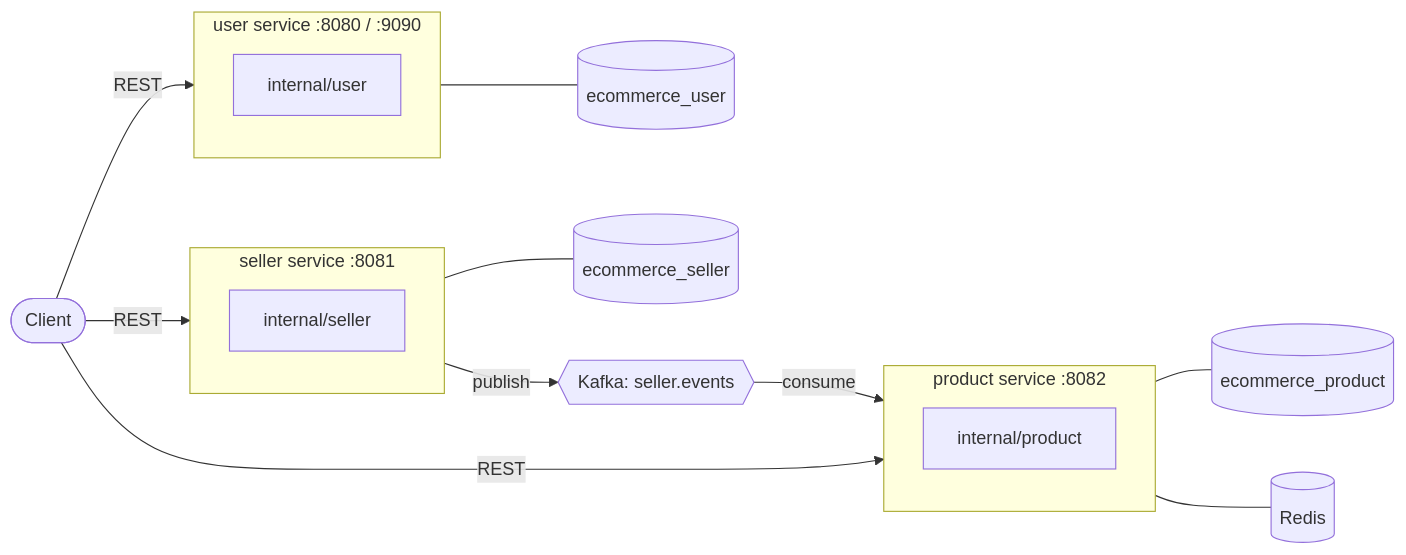
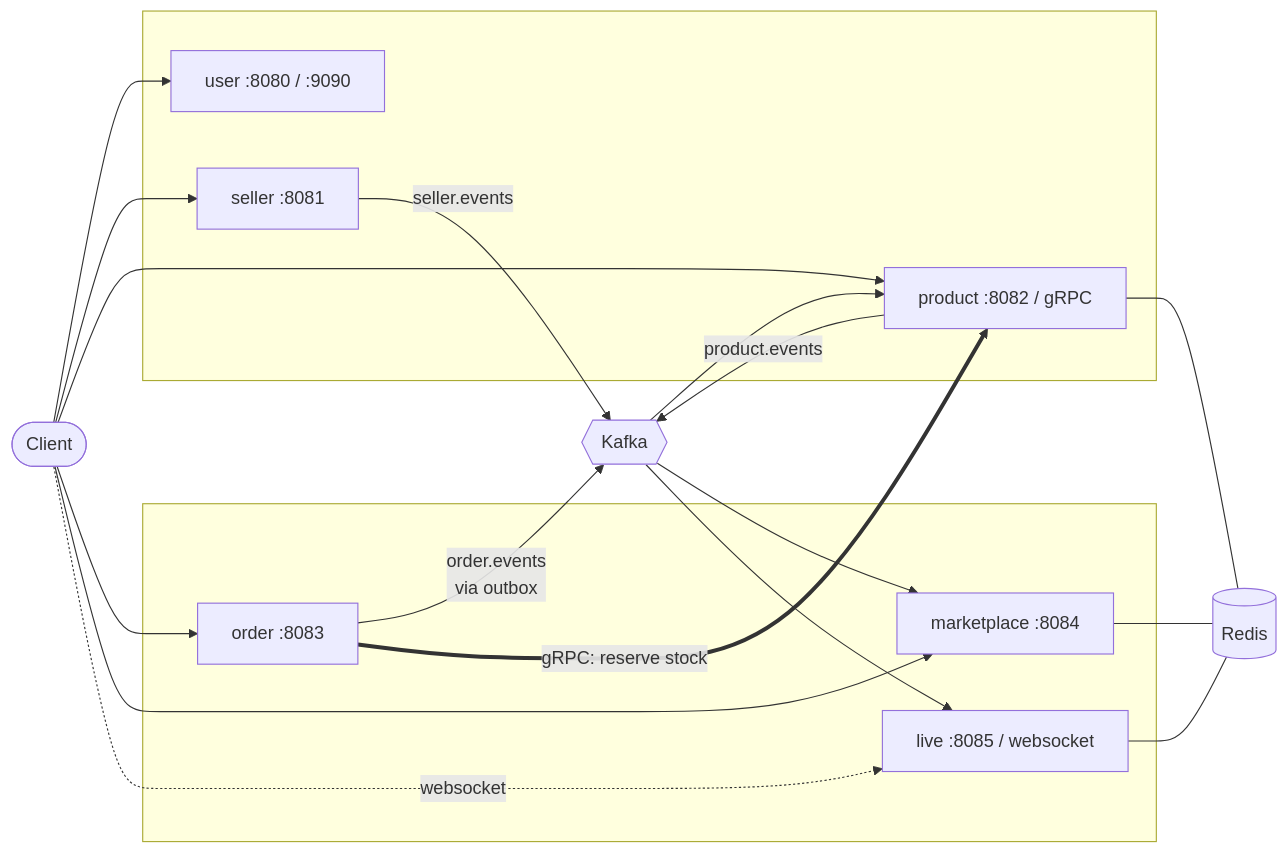
Before and after one commit to DoIttikorn/e-commerce: the first of 2 diagrams in docs/domains.md, drawn with Mermaid. The commit also changed other lines of this file and 82 other files, not shown here.

First line of the commit message:
Add integration tests for order and product services with MongoDB

````diff
--- a/docs/domains.md
+++ b/docs/domains.md
@@ -8,32 +8,39 @@
 ```mermaid
 flowchart LR
     client([Client])
 
-    subgraph user_svc["user service :8080 / :9090"]
-        user_domain[internal/user]
+    subgraph row1[" "]
+        user["user :8080 / :9090"]
+        seller["seller :8081"]
+        product["product :8082 / gRPC"]
     end
-    subgraph seller_svc["seller service :8081"]
-        seller_domain[internal/seller]
-    end
-    subgraph product_svc["product service :8082"]
-        product_domain[internal/product]
+    subgraph row2[" "]
+        order["order :8083"]
+        marketplace["marketplace :8084"]
+        live["live :8085 / websocket"]
     end
 
-    mongo_u[(ecommerce_user)]
-    mongo_s[(ecommerce_seller)]
-    mongo_p[(ecommerce_product)]
+    kafka{{"Kafka"}}
     redis[(Redis)]
-    kafka{{"Kafka: seller.events"}}
 
-    client -->|REST| user_svc
-    client -->|REST| seller_svc
-    client -->|REST| product_svc
+    client --> user
+    client --> seller
+    client --> product
+    client --> order
+    client --> marketplace
+    client -. websocket .-> live
 
-    user_svc --- mongo_u
-    seller_svc --- mongo_s
-    product_svc --- mongo_p
-    product_svc --- redis
+    seller -->|seller.events| kafka
+    product -->|product.events| kafka
+    order -->|order.events<br/>via outbox| kafka
 
-    seller_svc -->|publish| kafka
-    kafka -->|consume| product_svc
+    kafka --> product
+    kafka --> marketplace
+    kafka --> live
+
+    order ==>|gRPC: reserve stock| product
+
+    product --- redis
+    marketplace --- redis
+    live --- redis
 ```
````
